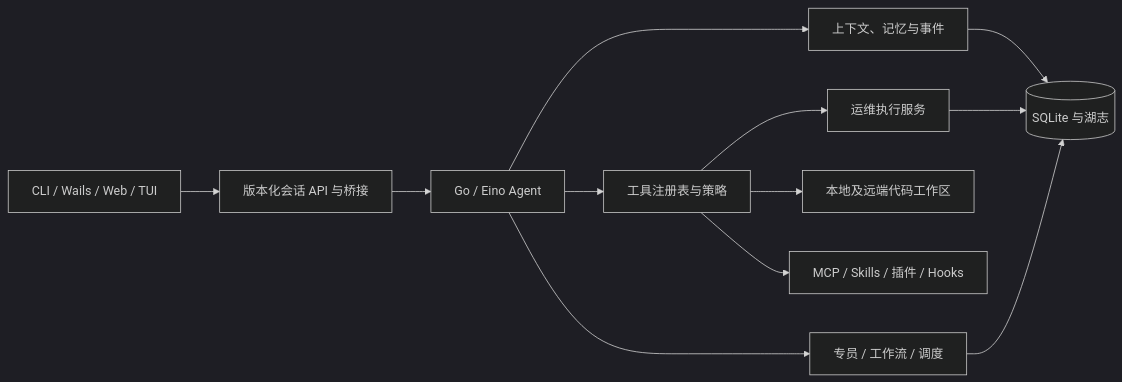
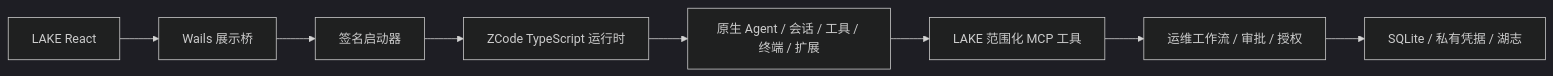
The diagram in docs/lake-design.md (Clean-Lakes/Lake), drawn with Mermaid (dark theme) before and after one commit. The commit also changed other lines of this file and 822 other files, not shown here.

Commit message:
refactor(lake): replace Eino backend with native ZCode TypeScript runtime

````diff
--- a/docs/lake-design.md
+++ b/docs/lake-design.md
@@ -16,14 +5,10 @@
 ```mermaid
 flowchart LR
-    UI[CLI / Wails / Web / TUI] --> API[版本化会话 API 与桥接]
-    API --> AG[Go / Eino Agent]
-    AG --> CTX[上下文、记忆与事件]
-    AG --> REG[工具注册表与策略]
-    REG --> OPS[运维执行服务]
-    REG --> CODE[本地及远端代码工作区]
-    REG --> EXT[MCP / Skills / 插件 / Hooks]
-    AG --> FLOW[专员 / 工作流 / 调度]
-    OPS --> DB[(SQLite 与湖志)]
-    CTX --> DB
-    FLOW --> DB
+  UI[LAKE React] --> W[Wails 展示桥]
+  W --> L[签名启动器]
+  L --> Z[ZCode TypeScript 运行时]
+  Z --> A[原生 Agent / 会话 / 工具 / 终端 / 扩展]
+  A --> M[LAKE 范围化 MCP 工具]
+  M --> O[运维工作流 / 审批 / 授权]
+  O --> D[SQLite / 私有凭据 / 湖志]
 ```
````
